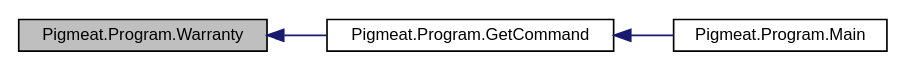
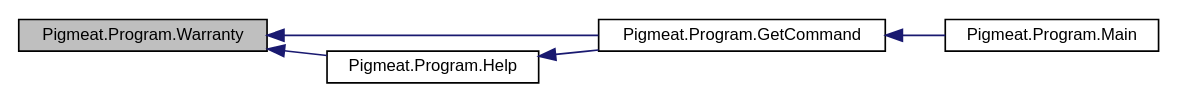
One commit to milovidov983/Pigmeat changed the diagram in class_pigmeat_1_1_program_a1dcbceceda4d4e696d8dbd07aa1bb036_icgraph.dot. Above: the diagram before and after it, drawn with Graphviz. The commit also changed 49 other files, not shown here.

```diff
--- a/class_pigmeat_1_1_program_a1dcbceceda4d4e696d8dbd07aa1bb036_icgraph.dot
+++ b/class_pigmeat_1_1_program_a1dcbceceda4d4e696d8dbd07aa1bb036_icgraph.dot
@@ -1,11 +1,14 @@
 digraph "Pigmeat.Program.Warranty"
 {
   edge [fontname="Helvetica",fontsize="10",labelfontname="Helvetica",labelfontsize="10"];
   node [fontname="Helvetica",fontsize="10",shape=record];
   rankdir="LR";
-  Node132 [label="Pigmeat.Program.Warranty",height=0.2,width=0.4,color="black", fillcolor="grey75", style="filled", fontcolor="black"];
-  Node132 -> Node133 [dir="back",color="midnightblue",fontsize="10",style="solid",fontname="Helvetica"];
-  Node133 [label="Pigmeat.Program.GetCommand",height=0.2,width=0.4,color="black", fillcolor="white", style="filled",URL="$class_pigmeat_1_1_program.html#a813269f3c9466bddfa561c72eb56de4f",tooltip="Perform actions specified by command calls "];
-  Node133 -> Node134 [dir="back",color="midnightblue",fontsize="10",style="solid",fontname="Helvetica"];
-  Node134 [label="Pigmeat.Program.Main",height=0.2,width=0.4,color="black", fillcolor="white", style="filled",URL="$class_pigmeat_1_1_program.html#a3b898a93d66f23079be04ac657013df3",tooltip="Handle primary tool information, such as command inputs and current directory "];
+  Node143 [label="Pigmeat.Program.Warranty",height=0.2,width=0.4,color="black", fillcolor="grey75", style="filled", fontcolor="black"];
+  Node143 -> Node144 [dir="back",color="midnightblue",fontsize="10",style="solid",fontname="Helvetica"];
+  Node144 [label="Pigmeat.Program.GetCommand",height=0.2,width=0.4,color="black", fillcolor="white", style="filled",URL="$class_pigmeat_1_1_program.html#a813269f3c9466bddfa561c72eb56de4f",tooltip="Perform actions specified by command calls "];
+  Node144 -> Node145 [dir="back",color="midnightblue",fontsize="10",style="solid",fontname="Helvetica"];
+  Node145 [label="Pigmeat.Program.Main",height=0.2,width=0.4,color="black", fillcolor="white", style="filled",URL="$class_pigmeat_1_1_program.html#a3b898a93d66f23079be04ac657013df3",tooltip="Handle primary tool information, such as command inputs and current directory "];
+  Node143 -> Node146 [dir="back",color="midnightblue",fontsize="10",style="solid",fontname="Helvetica"];
+  Node146 [label="Pigmeat.Program.Help",height=0.2,width=0.4,color="black", fillcolor="white", style="filled",URL="$class_pigmeat_1_1_program.html#a5ba96e069c0192950fa044954bca4647",tooltip="Show how to use the Pigmeat tool "];
+  Node146 -> Node144 [dir="back",color="midnightblue",fontsize="10",style="solid",fontname="Helvetica"];
 }
```
